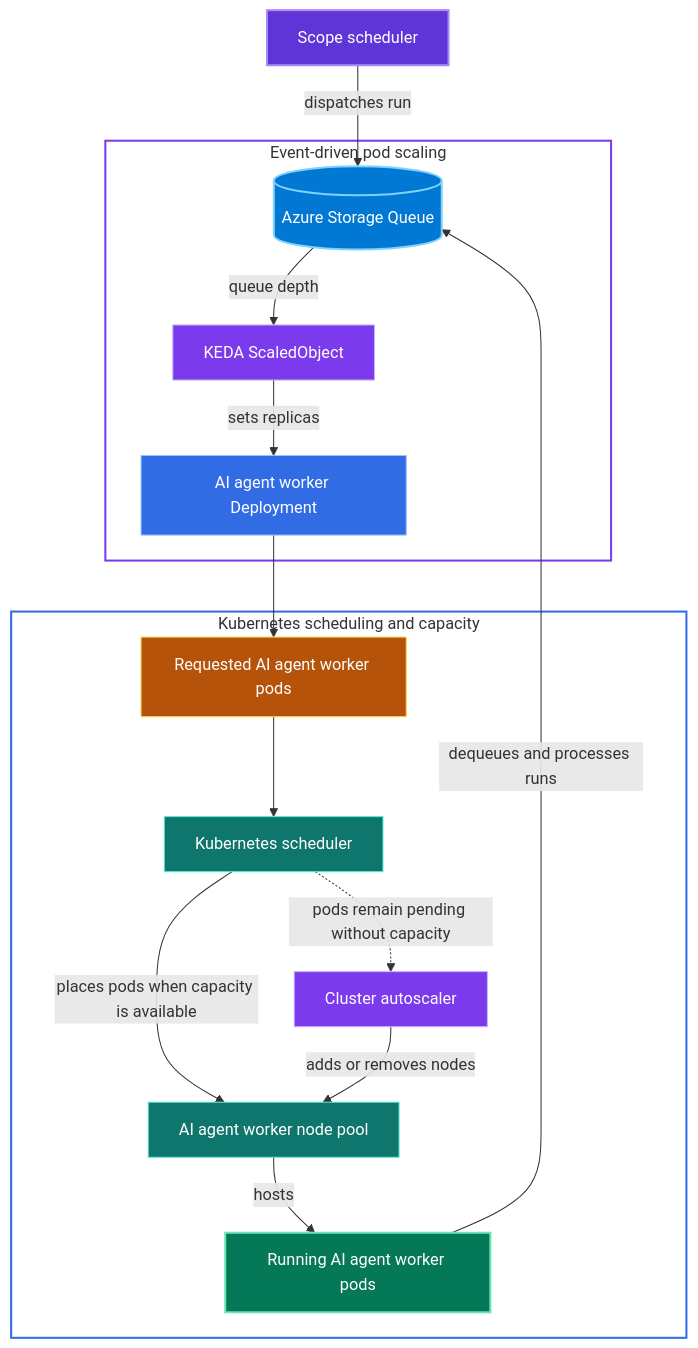
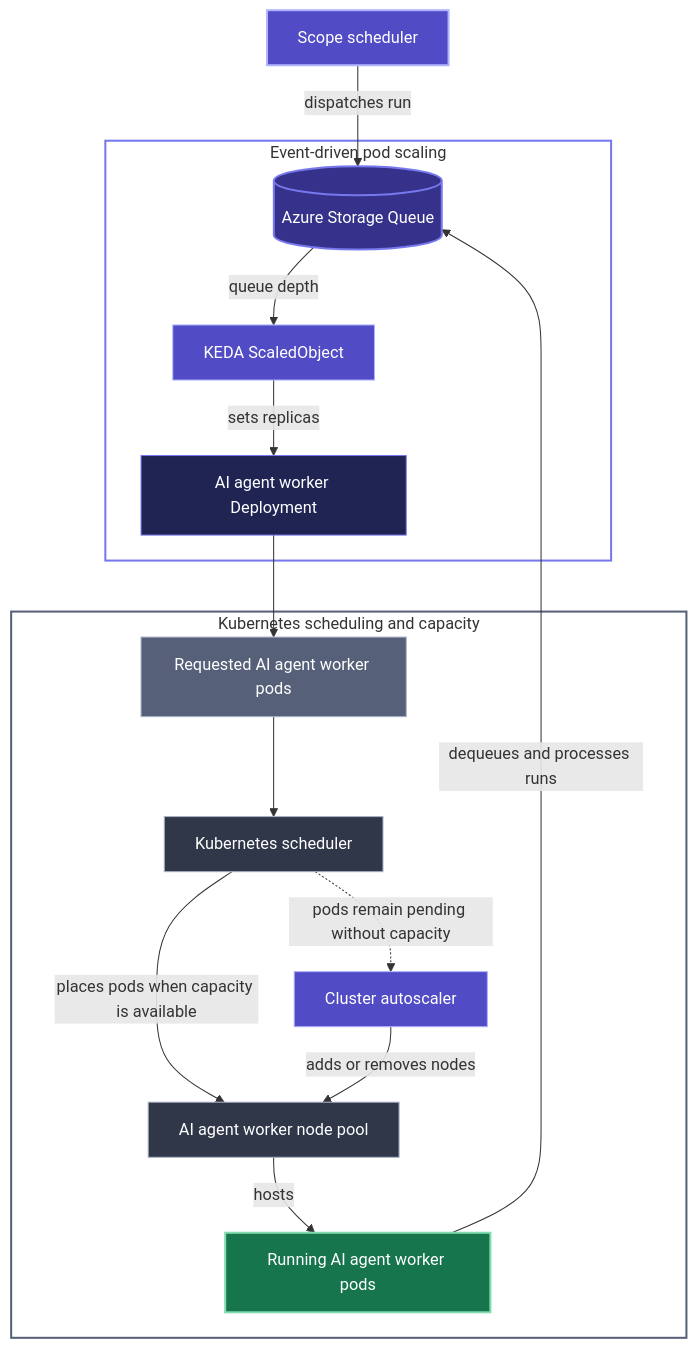
One commit to 1aifanatic/scope changed the diagram in website/src/content/docs/self-hosting/scaling.md. Above: the diagram before and after it, drawn with Mermaid. The commit also changed 1 other file, not shown here.

Commit message:
docs: align diagram colors with website
Copilot-Session: c52928ea-d413-4aab-95a1-b4ecfd7d9f96

````diff
--- a/website/src/content/docs/self-hosting/scaling.md
+++ b/website/src/content/docs/self-hosting/scaling.md
@@ -26,50 +26,50 @@
 ```mermaid
 flowchart TD
     Scheduler[Scope scheduler]
 
     subgraph Demand["Event-driven pod scaling"]
         Queue[(Azure Storage Queue)]
         KEDA[KEDA ScaledObject]
         Deployment[AI agent worker Deployment]
 
         Queue -->|queue depth| KEDA
         KEDA -->|sets replicas| Deployment
     end
 
     subgraph Capacity["Kubernetes scheduling and capacity"]
         Requested[Requested AI agent worker pods]
         KubeScheduler[Kubernetes scheduler]
         Autoscaler[Cluster autoscaler]
         Pool[AI agent worker node pool]
         Running[Running AI agent worker pods]
 
         Requested --> KubeScheduler
         KubeScheduler -->|places pods when capacity is available| Pool
         KubeScheduler -.->|pods remain pending without capacity| Autoscaler
         Autoscaler -->|adds or removes nodes| Pool
         Pool -->|hosts| Running
     end
 
     Scheduler -->|dispatches run| Queue
     Deployment --> Requested
     Running -->|dequeues and processes runs| Queue
 
-    classDef scope fill:#6035d8,stroke:#a78bfa,color:#fff,stroke-width:2px
-    classDef queue fill:#0078d4,stroke:#7dd3fc,color:#fff,stroke-width:2px
-    classDef scaler fill:#7c3aed,stroke:#c4b5fd,color:#fff
-    classDef deployment fill:#326ce5,stroke:#93c5fd,color:#fff
-    classDef pending fill:#b45309,stroke:#fcd34d,color:#fff
-    classDef kubernetes fill:#0f766e,stroke:#5eead4,color:#fff
-    classDef running fill:#047857,stroke:#6ee7b7,color:#fff,stroke-width:2px
+    classDef scope fill:#514bc5,stroke:#b1b4ff,color:#fff,stroke-width:2px
+    classDef queue fill:#36318a,stroke:#7778ee,color:#fff,stroke-width:2px
+    classDef scaler fill:#514bc5,stroke:#b1b4ff,color:#fff
+    classDef deployment fill:#202453,stroke:#7778ee,color:#fff
+    classDef pending fill:#576079,stroke:#a7afc5,color:#fff
+    classDef kubernetes fill:#303749,stroke:#a7afc5,color:#fff
+    classDef running fill:#16754c,stroke:#83dcb0,color:#fff,stroke-width:2px
 
     class Scheduler scope
     class Queue queue
     class KEDA,Autoscaler scaler
     class Deployment deployment
     class Requested pending
     class KubeScheduler,Pool kubernetes
     class Running running
 
-    style Demand fill:transparent,stroke:#7c3aed,stroke-width:2px
-    style Capacity fill:transparent,stroke:#326ce5,stroke-width:2px
+    style Demand fill:transparent,stroke:#7778ee,stroke-width:2px
+    style Capacity fill:transparent,stroke:#576079,stroke-width:2px
 ```
````
